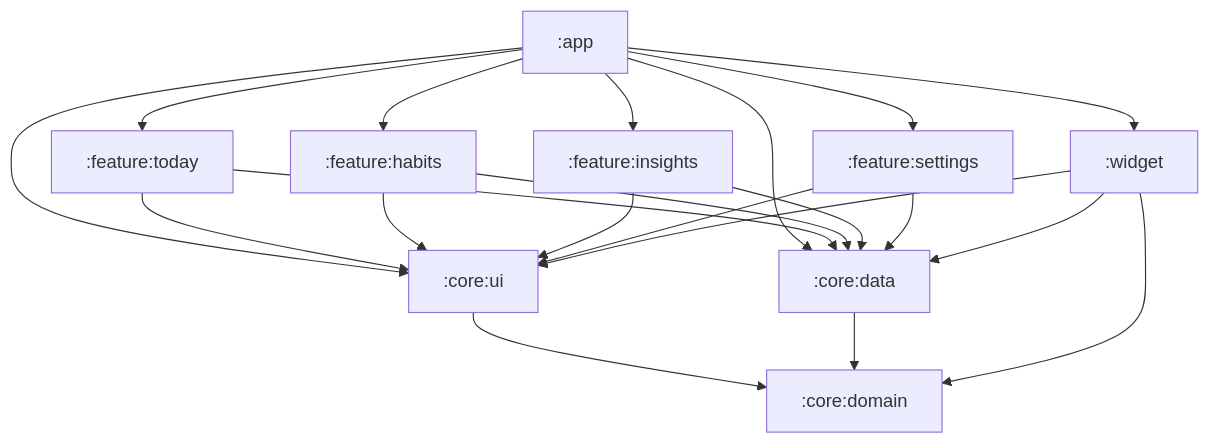
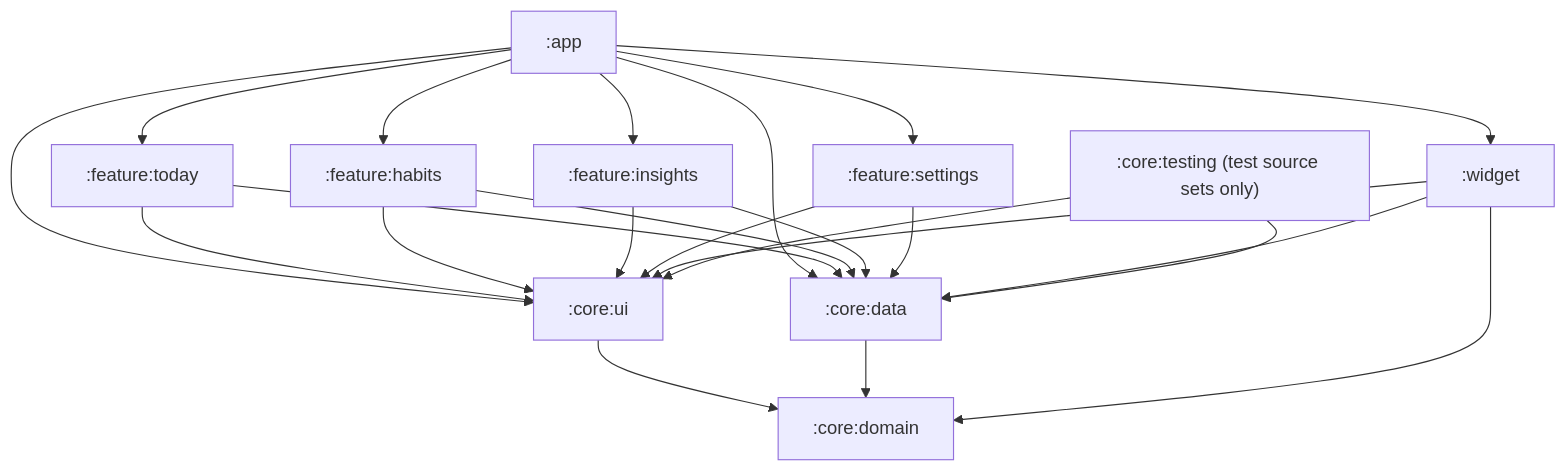
The diagram in docs/architecture.md (SiegfredLorelle/gawi), drawn with Mermaid before and after one commit. The commit also changed other lines of this file and 1 other file, not shown here.

First line of the commit message:
docs(arch): a tenth module for shared test code

````diff
--- a/docs/architecture.md
+++ b/docs/architecture.md
@@ -55,26 +61,29 @@
 ```mermaid
 graph TD
     app[":app"] --> today[":feature:today"]
     app --> habits[":feature:habits"]
     app --> insights[":feature:insights"]
     app --> settings[":feature:settings"]
     app --> widget[":widget"]
     app --> ui[":core:ui"]
     app --> data[":core:data"]
 
     today --> ui
     habits --> ui
     insights --> ui
     settings --> ui
 
     today --> data
     habits --> data
     insights --> data
     settings --> data
     widget --> data
     widget --> ui
 
     ui --> domain[":core:domain"]
     data --> domain
     widget --> domain
+
+    testing[":core:testing (test source sets only)"] --> data
+    testing --> ui
 ```
````
